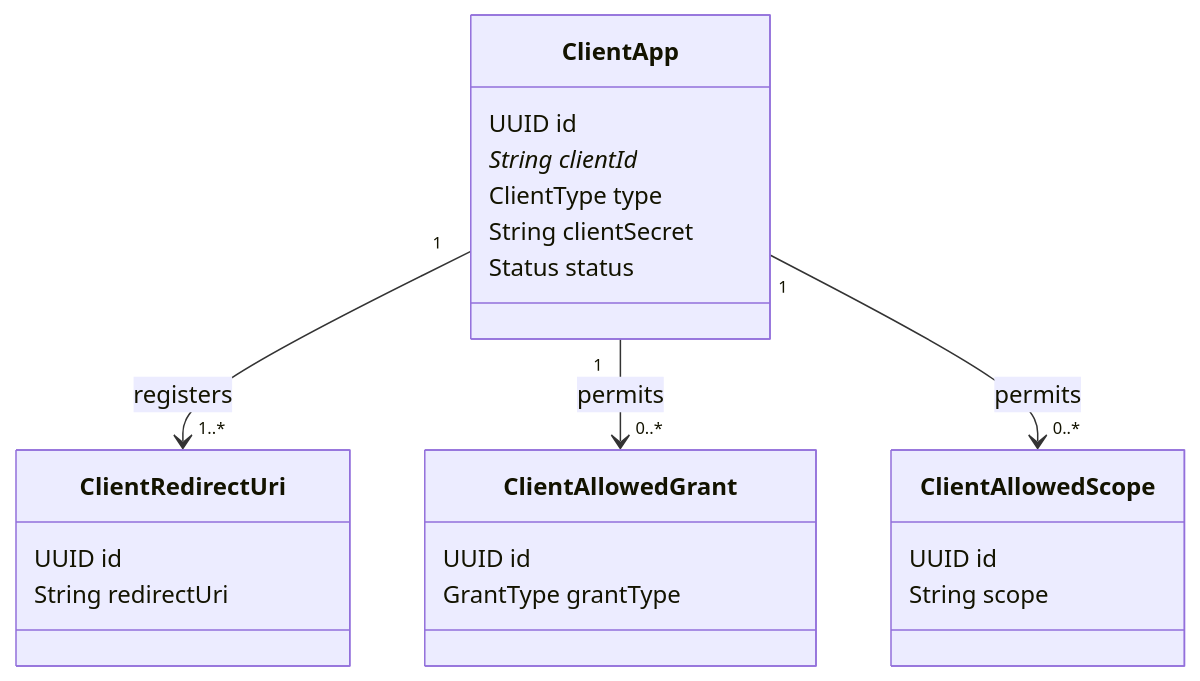
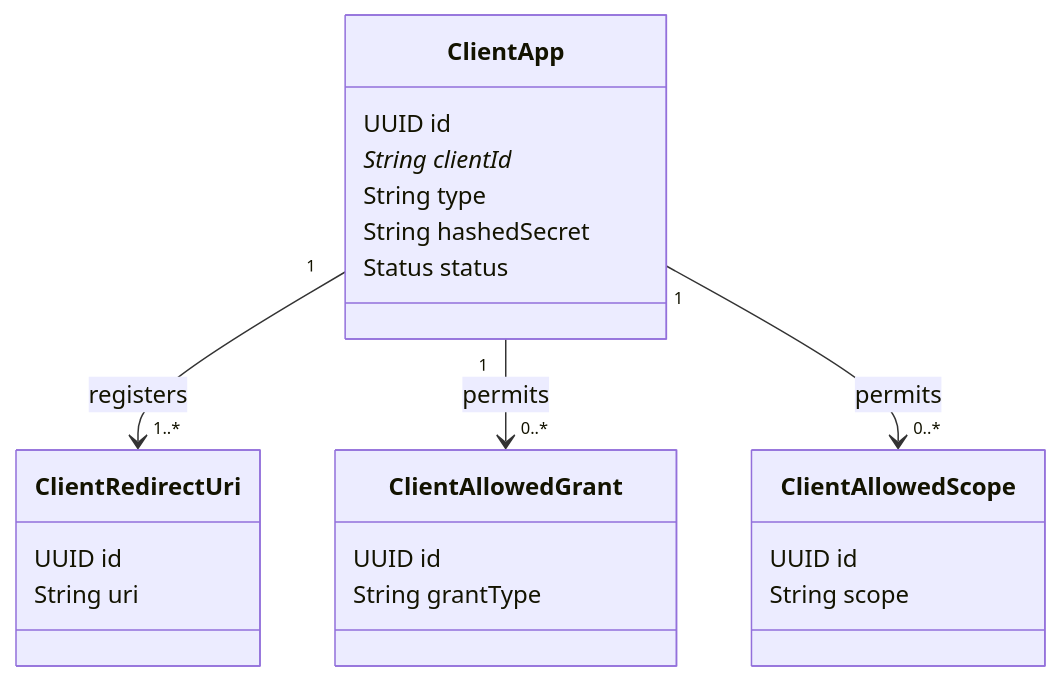
One commit to cmartinezs/keygo-server changed the second of 13 diagrams in docs/keygo-server/ENTITY_RELATIONSHIPS.md. Above: the diagram before and after it, drawn with Mermaid. The commit also changed other lines of this file and 55 other files, not shown here.

````diff
--- a/docs/keygo-server/ENTITY_RELATIONSHIPS.md
+++ b/docs/keygo-server/ENTITY_RELATIONSHIPS.md
@@ -62,29 +69,29 @@
 ```mermaid
 classDiagram
     class ClientApp {
         UUID id
         String clientId*
-        ClientType type
-        String clientSecret
+        String type
+        String hashedSecret
         Status status
     }
 
     class ClientRedirectUri {
         UUID id
-        String redirectUri
+        String uri
     }
 
     class ClientAllowedGrant {
         UUID id
-        GrantType grantType
+        String grantType
     }
 
     class ClientAllowedScope {
         UUID id
         String scope
     }
 
     ClientApp "1" --> "1..*" ClientRedirectUri : registers
     ClientApp "1" --> "0..*" ClientAllowedGrant : permits
     ClientApp "1" --> "0..*" ClientAllowedScope : permits
 ```
````
